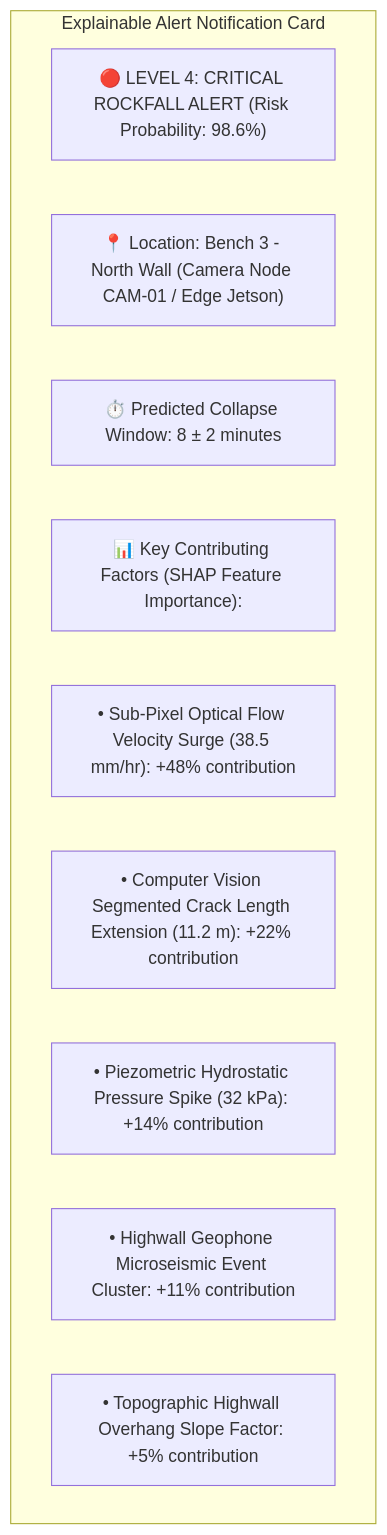
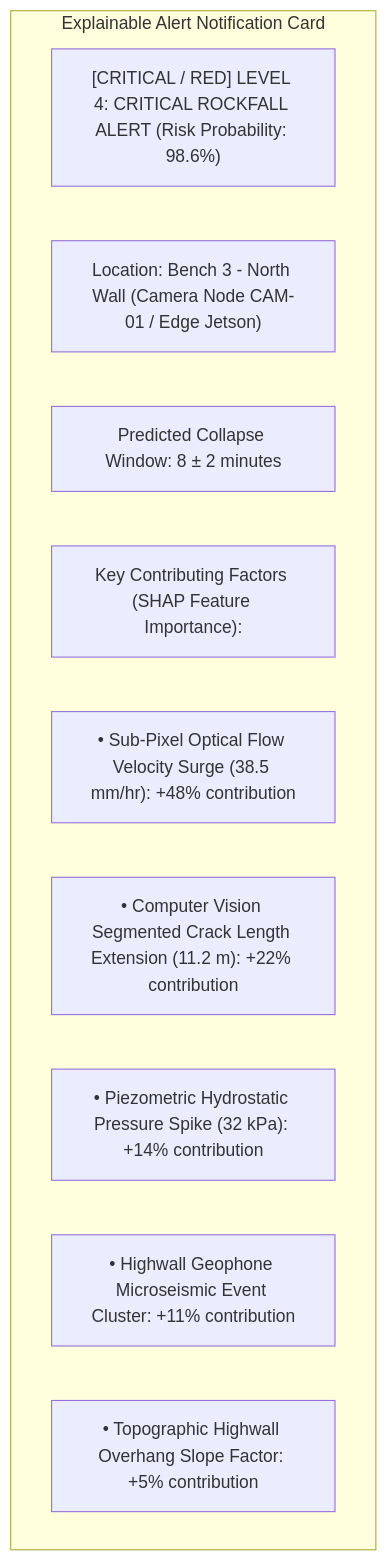
The eighth of 10 diagrams in docs/20_Computer_Vision.md (angelverman2021-a11y/Report), drawn with Mermaid before and after one commit. The commit also changed other lines of this file and 32 other files, not shown here.

````diff
--- a/docs/20_Computer_Vision.md
+++ b/docs/20_Computer_Vision.md
@@ -313,14 +316,14 @@
 ```mermaid
 graph TD
-    subgraph Explainable Alert Notification Card
-        A["🔴 LEVEL 4: CRITICAL ROCKFALL ALERT (Risk Probability: 98.6%)"]
-        B["📍 Location: Bench 3 - North Wall (Camera Node CAM-01 / Edge Jetson)"]
-        C["⏱️ Predicted Collapse Window: 8 ± 2 minutes"]
-        D["📊 Key Contributing Factors (SHAP Feature Importance):"]
-        D1["• Sub-Pixel Optical Flow Velocity Surge (38.5 mm/hr): +48% contribution"]
-        D2["• Computer Vision Segmented Crack Length Extension (11.2 m): +22% contribution"]
-        D3["• Piezometric Hydrostatic Pressure Spike (32 kPa): +14% contribution"]
-        D4["• Highwall Geophone Microseismic Event Cluster: +11% contribution"]
-        D5["• Topographic Highwall Overhang Slope Factor: +5% contribution"]
-    end
+ subgraph Explainable Alert Notification Card
+ A["[CRITICAL / RED] LEVEL 4: CRITICAL ROCKFALL ALERT (Risk Probability: 98.6%)"]
+ B[" Location: Bench 3 - North Wall (Camera Node CAM-01 / Edge Jetson)"]
+ C[" Predicted Collapse Window: 8 ± 2 minutes"]
+ D[" Key Contributing Factors (SHAP Feature Importance):"]
+ D1["• Sub-Pixel Optical Flow Velocity Surge (38.5 mm/hr): +48% contribution"]
+ D2["• Computer Vision Segmented Crack Length Extension (11.2 m): +22% contribution"]
+ D3["• Piezometric Hydrostatic Pressure Spike (32 kPa): +14% contribution"]
+ D4["• Highwall Geophone Microseismic Event Cluster: +11% contribution"]
+ D5["• Topographic Highwall Overhang Slope Factor: +5% contribution"]
+ end
 ```
````
